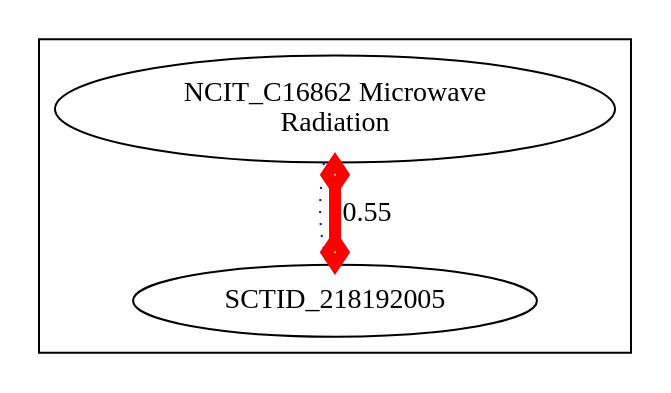
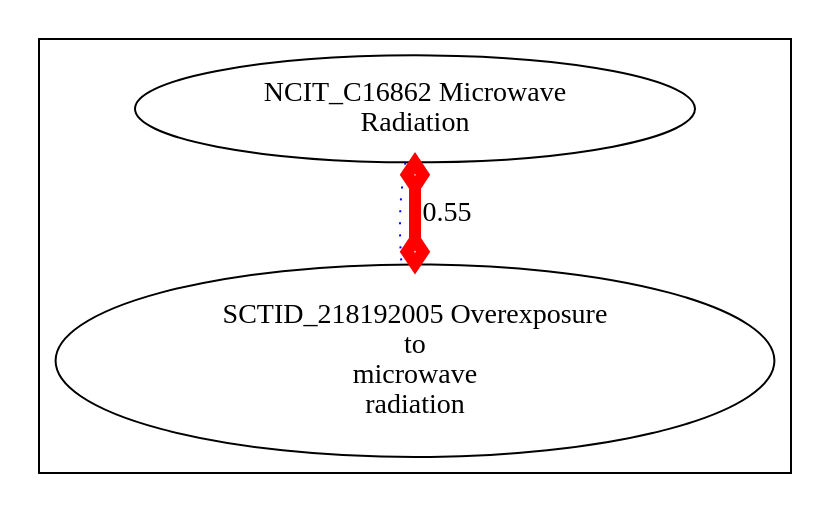
The diagram in target/img-NCIT_C16862.dot (cmungall/radiation-ontology), drawn with Graphviz before and after one commit. The commit also changed 20 other files, not shown here.

```diff
--- a/target/img-NCIT_C16862.dot
+++ b/target/img-NCIT_C16862.dot
@@ -1,7 +1,10 @@
 digraph cliquegraph {
 subgraph cluster_NCIT_C16862 {NCIT_C16862 [ label="NCIT_C16862 Microwave
 Radiation" ];
-SCTID_218192005 [ label="SCTID_218192005 " ];}
+SCTID_218192005 [ label="SCTID_218192005 Overexposure
+to
+microwave
+radiation" ];}
 NCIT_C16862 -> SCTID_218192005 [ arrowhead = none, penwidth=1, color=blue, label="", style=dotted]
 NCIT_C16862 -> SCTID_218192005 [ arrowhead = ediamond, penwidth=6, color=red, label="0.55", style=solid, arrowtail=ediamond, dir=both]
 }
```
